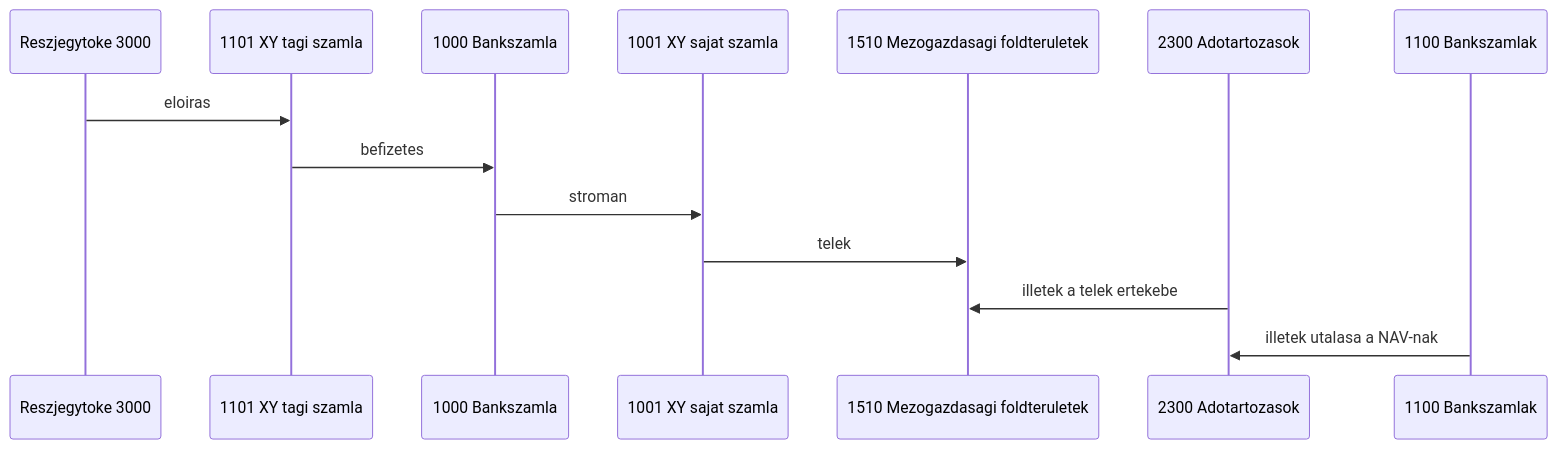
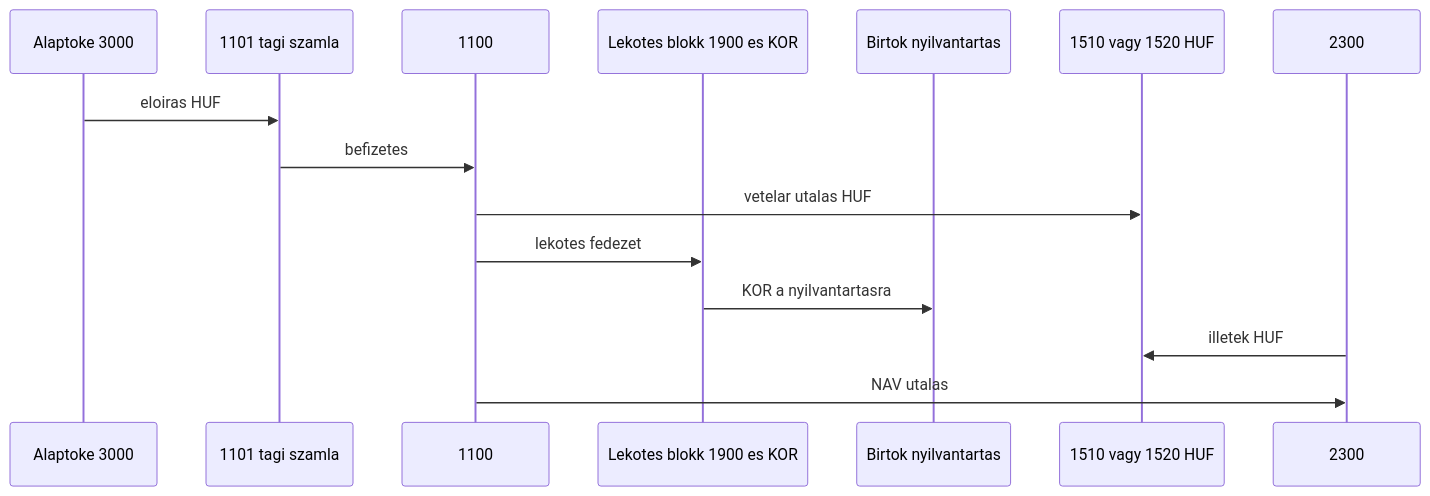
The third of 15 diagrams in docs/transaction-workflow.md (pitiboy/curr), drawn with Mermaid before and after one commit. The commit also changed other lines of this file and 1 other file, not shown here.

````diff
--- a/docs/transaction-workflow.md
+++ b/docs/transaction-workflow.md
@@ -199,17 +198,18 @@
 ```mermaid
 sequenceDiagram
-  participant Toke as Reszjegytoke 3000
-  participant Tag as 1101 XY tagi szamla
-  participant Bank as 1000 Bankszamla
-  participant Sajat as 1001 XY sajat szamla
-  participant Fold as 1510 Mezogazdasagi foldteruletek
-  participant Ado as 2300 Adotartozasok
-  participant Nav as 1100 Bankszamlak
+  participant Toke as Alaptoke 3000
+  participant Tag as 1101 tagi szamla
+  participant Bank as 1100
+  participant Atv as Lekotes blokk 1900 es KOR
+  participant Birtok as Birtok nyilvantartas
+  participant Eszkoz as 1510 vagy 1520 HUF
+  participant Ado as 2300
 
-  Toke->>Tag: eloiras
+  Toke->>Tag: eloiras HUF
   Tag->>Bank: befizetes
-  Bank->>Sajat: stroman
-  Sajat->>Fold: telek
-  Ado->>Fold: illetek a telek ertekebe
-  Nav->>Ado: illetek utalasa a NAV-nak
+  Bank->>Eszkoz: vetelar utalas HUF
+  Bank->>Atv: lekotes fedezet
+  Atv->>Birtok: KOR a nyilvantartasra
+  Ado->>Eszkoz: illetek HUF
+  Bank->>Ado: NAV utalas
 ```
````
